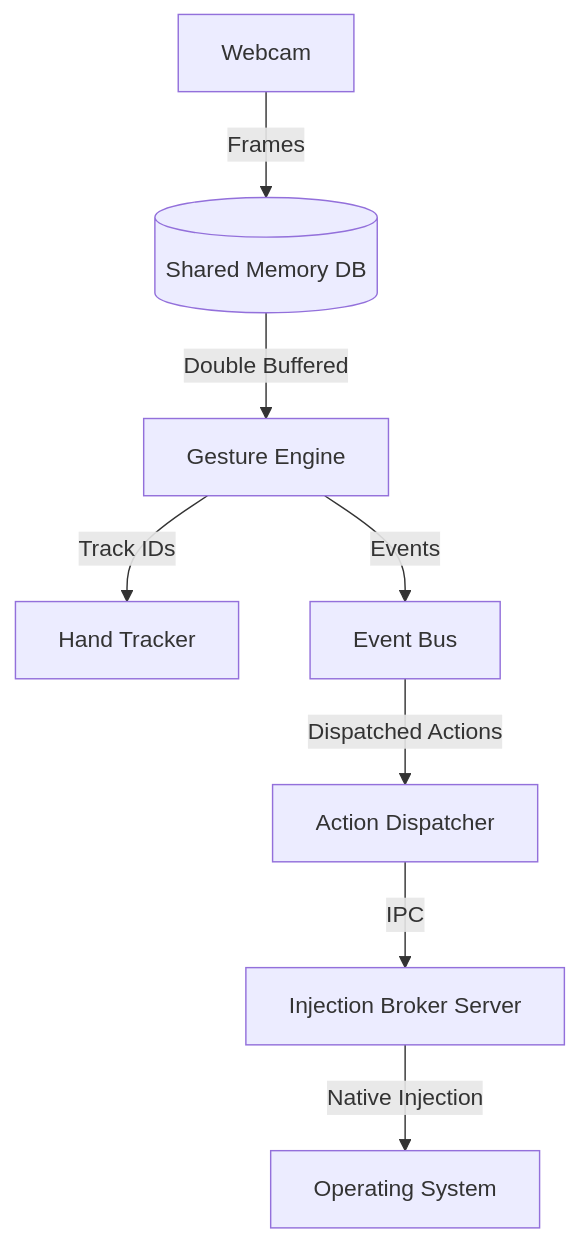
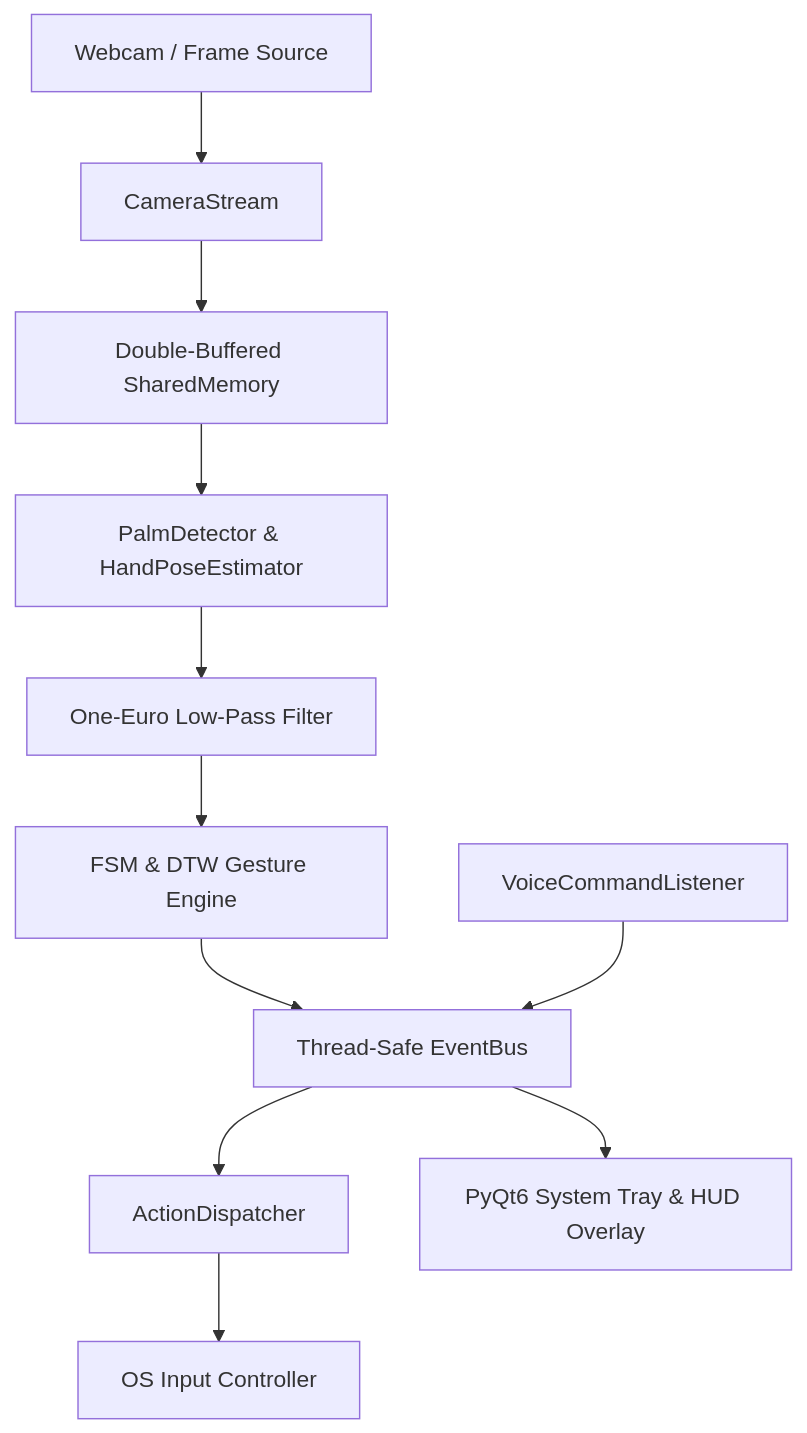
The diagram in docs/architecture.md (aryansinghnagar/Maestro), drawn with Mermaid before and after one commit. The commit also changed other lines of this file and 120 other files, not shown here.

````diff
--- a/docs/architecture.md
+++ b/docs/architecture.md
@@ -5,10 +9,13 @@
 ```mermaid
 graph TD
-    Camera[Webcam] -->|Frames| SharedMemory[(Shared Memory DB)]
-    SharedMemory -->|Double Buffered| Engine[Gesture Engine]
-    Engine -->|Track IDs| HandTracker[Hand Tracker]
-    Engine -->|Events| EventBus[Event Bus]
-    EventBus -->|Dispatched Actions| ActionDispatcher[Action Dispatcher]
-    ActionDispatcher -->|IPC| Broker[Injection Broker Server]
-    Broker -->|Native Injection| OS[Operating System]
+    Cam[Webcam / Frame Source] --> Stream[CameraStream]
+    Stream --> SHM[Double-Buffered SharedMemory]
+    SHM --> Vision[PalmDetector & HandPoseEstimator]
+    Vision --> Filter[One-Euro Low-Pass Filter]
+    Filter --> Engine[FSM & DTW Gesture Engine]
+    Engine --> EventBus[Thread-Safe EventBus]
+    Voice[VoiceCommandListener] --> EventBus
+    EventBus --> Dispatcher[ActionDispatcher]
+    Dispatcher --> Controller[OS Input Controller]
+    EventBus --> GUI[PyQt6 System Tray & HUD Overlay]
 ```
````
